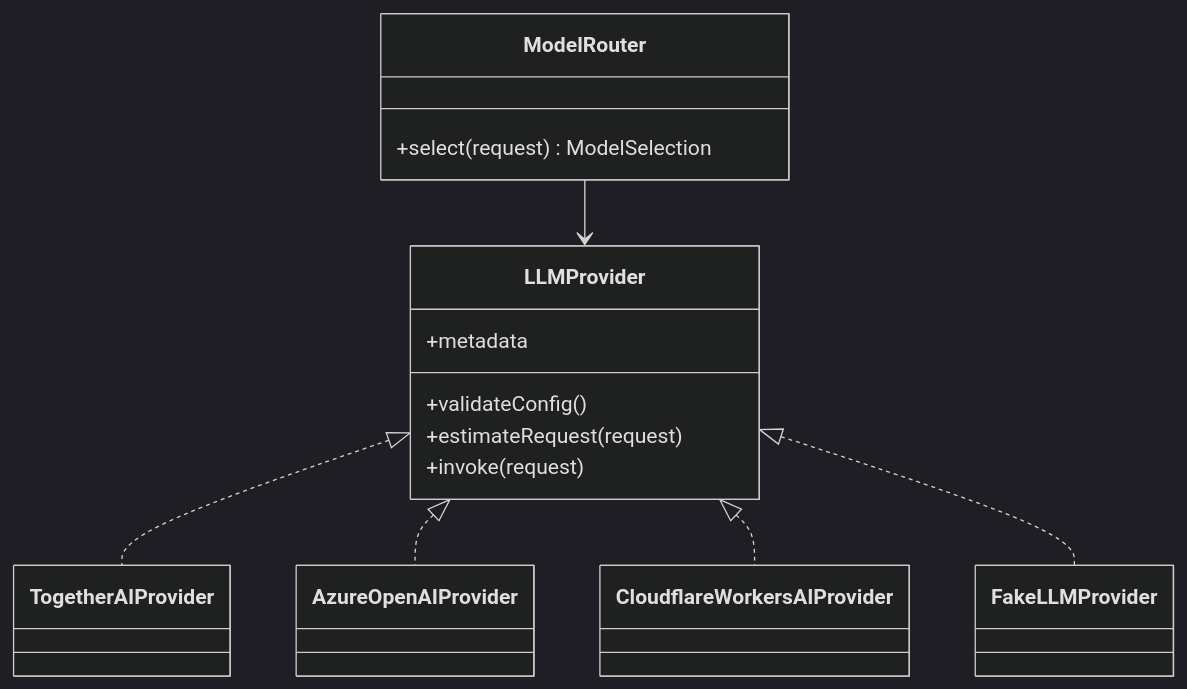
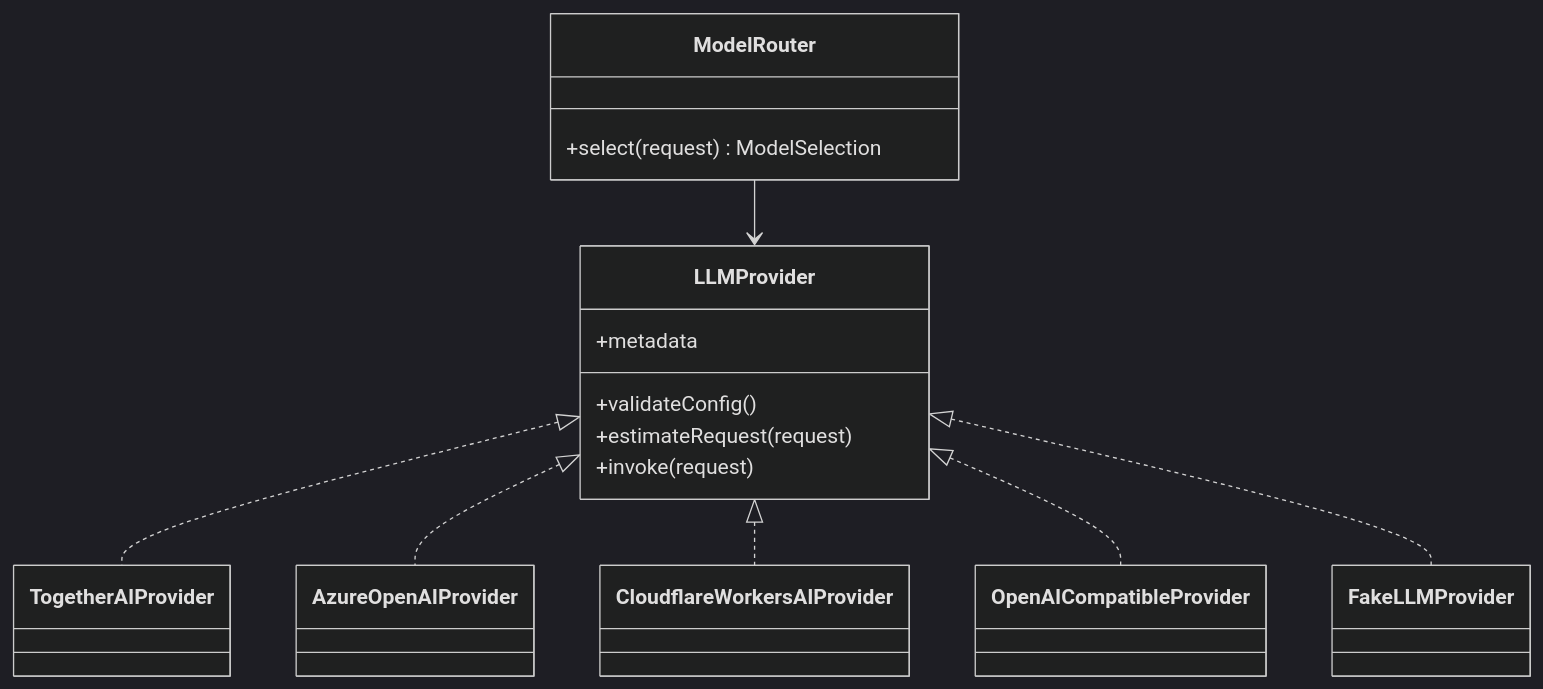
One commit to ArchiTecCTT/Rector changed the eighth of 18 diagrams in docs/architecture/current-rector-byok-architecture.md. Above: the diagram before and after it, drawn with Mermaid (dark theme). The commit also changed other lines of this file and 1 other file, not shown here.

Commit message:
docs(byok): document provider config flow and add final verification (task 15)

````diff
--- a/docs/architecture/current-rector-byok-architecture.md
+++ b/docs/architecture/current-rector-byok-architecture.md
@@ -331,24 +331,26 @@
 ```mermaid
 classDiagram
   class ModelRouter {
     +select(request) ModelSelection
   }
 
   class LLMProvider {
     +metadata
     +validateConfig()
     +estimateRequest(request)
     +invoke(request)
   }
 
   class TogetherAIProvider
   class AzureOpenAIProvider
   class CloudflareWorkersAIProvider
+  class OpenAICompatibleProvider
   class FakeLLMProvider
 
   ModelRouter --> LLMProvider
   LLMProvider <|.. TogetherAIProvider
   LLMProvider <|.. AzureOpenAIProvider
   LLMProvider <|.. CloudflareWorkersAIProvider
+  LLMProvider <|.. OpenAICompatibleProvider
   LLMProvider <|.. FakeLLMProvider
 ```
````
